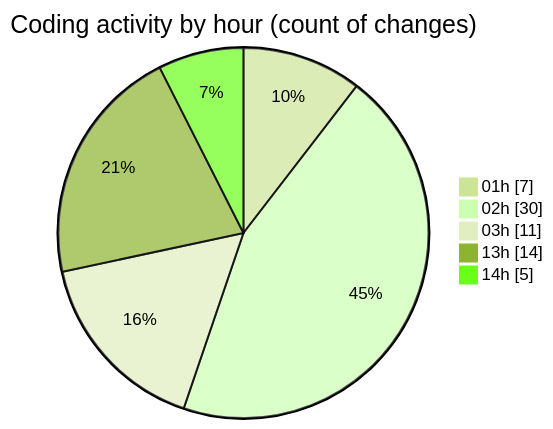
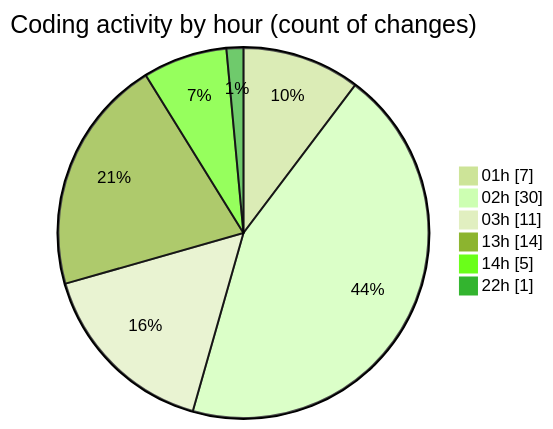
The second of 2 diagrams in 2025-01-24/projects/README.md (Ritupan-Deka/code-tracking), drawn with Mermaid (forest theme) before and after one commit. The commit also changed other lines of this file and 1 other file, not shown here.

````diff
--- a/2025-01-24/projects/README.md
+++ b/2025-01-24/projects/README.md
@@ -39,9 +40,10 @@
 ```mermaid
 pie showData
 title Coding activity by hour (count of changes)
 "01h" : 7
 "02h" : 30
 "03h" : 11
 "13h" : 14
 "14h" : 5
+"22h" : 1
 ```
````
